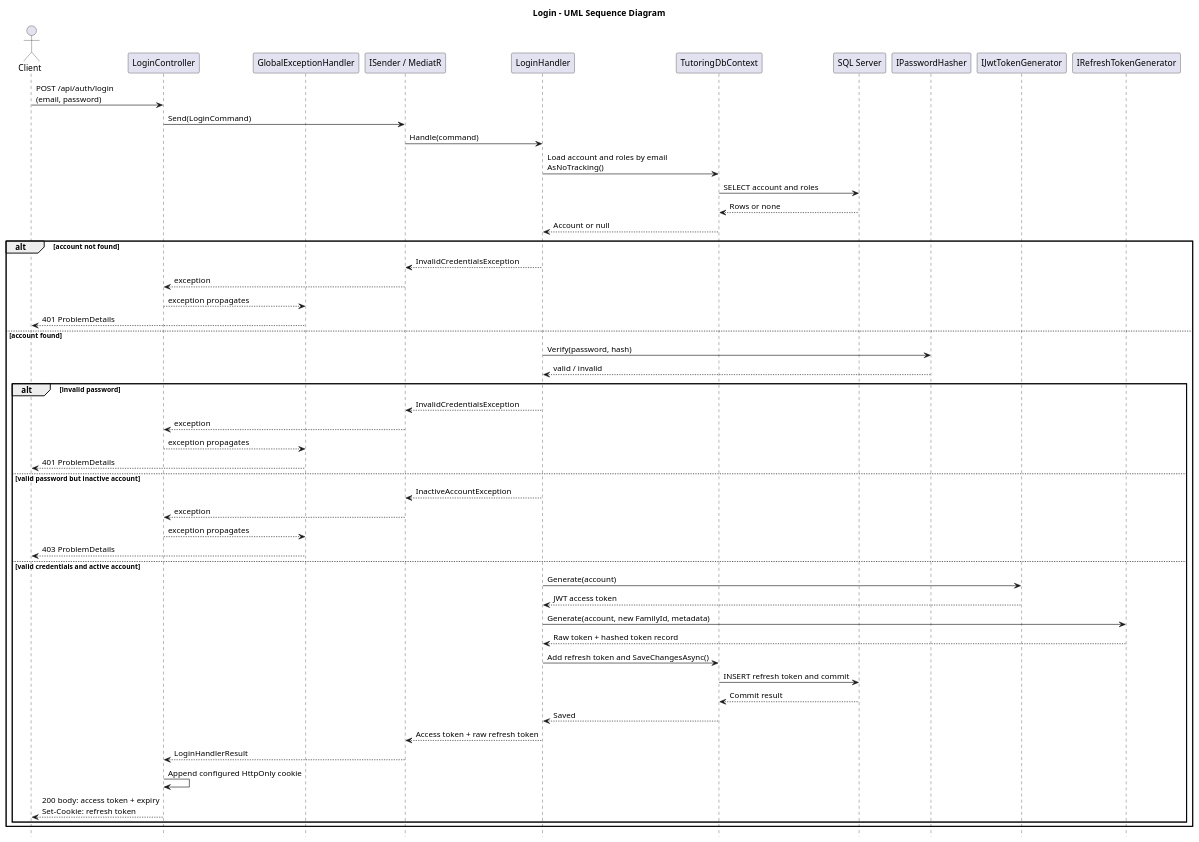
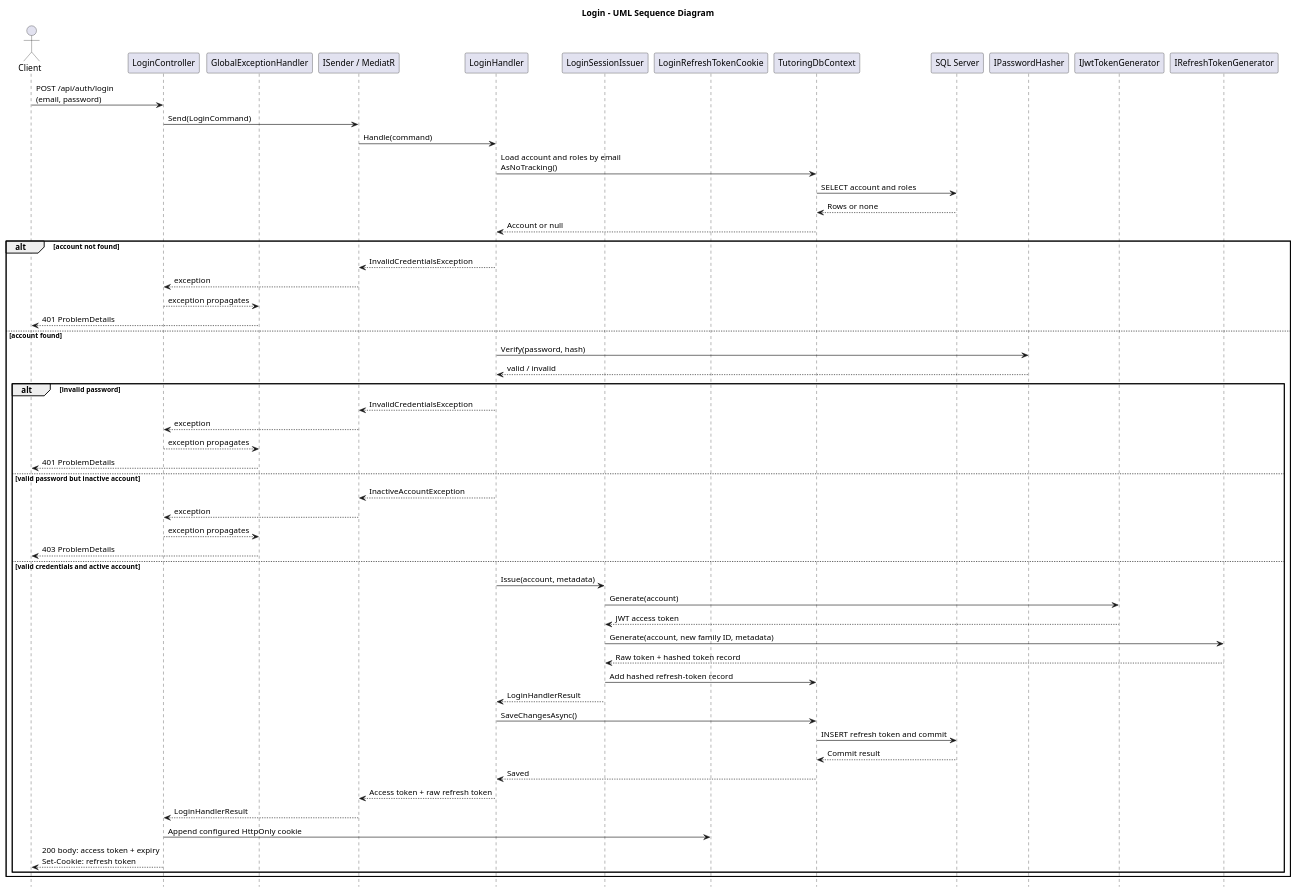
Before and after one commit to JStec0312/Tutoring-CRM-System: the diagram in docs/technical_docs/backend_docs/user_stories/us_002/diagrams/login.puml, drawn with PlantUML. The commit also changed 106 other files, not shown here.

```diff
--- a/docs/technical_docs/backend_docs/user_stories/us_002/diagrams/login.puml
+++ b/docs/technical_docs/backend_docs/user_stories/us_002/diagrams/login.puml
@@ -1,60 +1,65 @@
 @startuml login
 skinparam backgroundColor white
 title Login - UML Sequence Diagram
 
 hide footbox
 
 actor Client
 participant LoginController
 participant GlobalExceptionHandler
 participant "ISender / MediatR" as MediatR
 participant LoginHandler
+participant LoginSessionIssuer
+participant LoginRefreshTokenCookie
 participant TutoringDbContext
 participant "SQL Server" as Database
 participant IPasswordHasher as PasswordHasher
 participant IJwtTokenGenerator as JwtTokenGenerator
 participant IRefreshTokenGenerator as RefreshTokenGenerator
 
 Client -> LoginController : POST /api/auth/login\n(email, password)
 LoginController -> MediatR : Send(LoginCommand)
 MediatR -> LoginHandler : Handle(command)
 LoginHandler -> TutoringDbContext : Load account and roles by email\nAsNoTracking()
 TutoringDbContext -> Database : SELECT account and roles
 Database --> TutoringDbContext : Rows or none
 TutoringDbContext --> LoginHandler : Account or null
 
 alt account not found
     LoginHandler --> MediatR : InvalidCredentialsException
     MediatR --> LoginController : exception
     LoginController --> GlobalExceptionHandler : exception propagates
     GlobalExceptionHandler --> Client : 401 ProblemDetails
 else account found
     LoginHandler -> PasswordHasher : Verify(password, hash)
     PasswordHasher --> LoginHandler : valid / invalid
     alt invalid password
         LoginHandler --> MediatR : InvalidCredentialsException
         MediatR --> LoginController : exception
         LoginController --> GlobalExceptionHandler : exception propagates
         GlobalExceptionHandler --> Client : 401 ProblemDetails
     else valid password but inactive account
         LoginHandler --> MediatR : InactiveAccountException
         MediatR --> LoginController : exception
         LoginController --> GlobalExceptionHandler : exception propagates
         GlobalExceptionHandler --> Client : 403 ProblemDetails
     else valid credentials and active account
-        LoginHandler -> JwtTokenGenerator : Generate(account)
-        JwtTokenGenerator --> LoginHandler : JWT access token
-        LoginHandler -> RefreshTokenGenerator : Generate(account, new FamilyId, metadata)
-        RefreshTokenGenerator --> LoginHandler : Raw token + hashed token record
-        LoginHandler -> TutoringDbContext : Add refresh token and SaveChangesAsync()
+        LoginHandler -> LoginSessionIssuer : Issue(account, metadata)
+        LoginSessionIssuer -> JwtTokenGenerator : Generate(account)
+        JwtTokenGenerator --> LoginSessionIssuer : JWT access token
+        LoginSessionIssuer -> RefreshTokenGenerator : Generate(account, new family ID, metadata)
+        RefreshTokenGenerator --> LoginSessionIssuer : Raw token + hashed token record
+        LoginSessionIssuer -> TutoringDbContext : Add hashed refresh-token record
+        LoginSessionIssuer --> LoginHandler : LoginHandlerResult
+        LoginHandler -> TutoringDbContext : SaveChangesAsync()
         TutoringDbContext -> Database : INSERT refresh token and commit
         Database --> TutoringDbContext : Commit result
         TutoringDbContext --> LoginHandler : Saved
         LoginHandler --> MediatR : Access token + raw refresh token
         MediatR --> LoginController : LoginHandlerResult
-        LoginController -> LoginController : Append configured HttpOnly cookie
+        LoginController -> LoginRefreshTokenCookie : Append configured HttpOnly cookie
         LoginController --> Client : 200 body: access token + expiry\nSet-Cookie: refresh token
     end
 end
 
 @enduml
```
